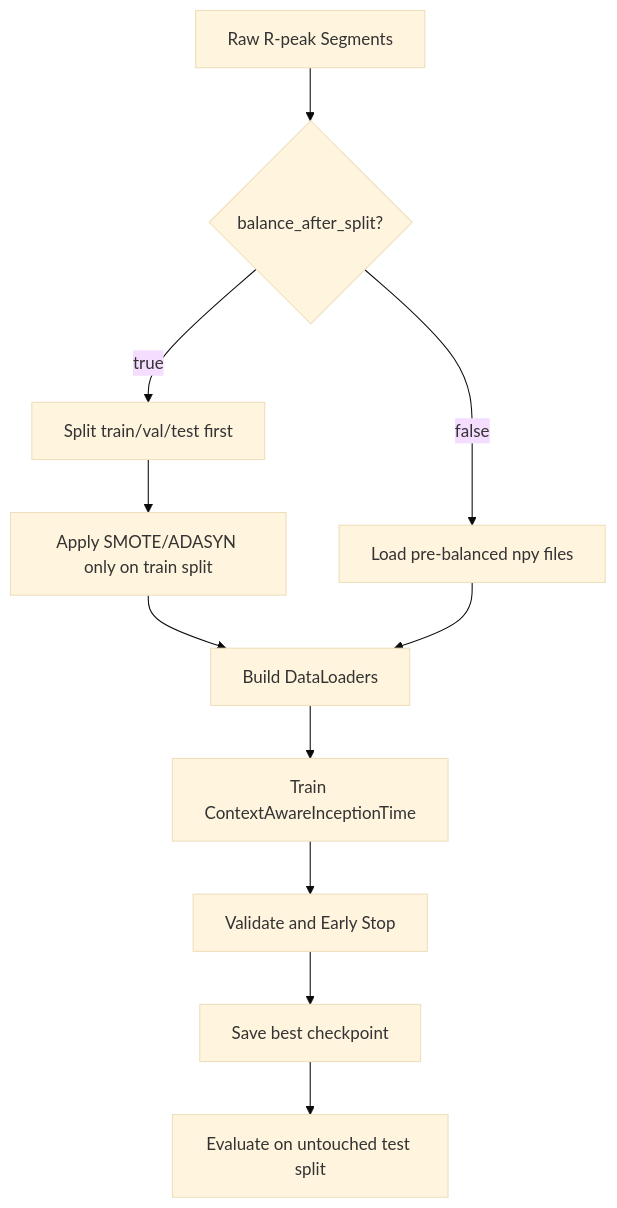
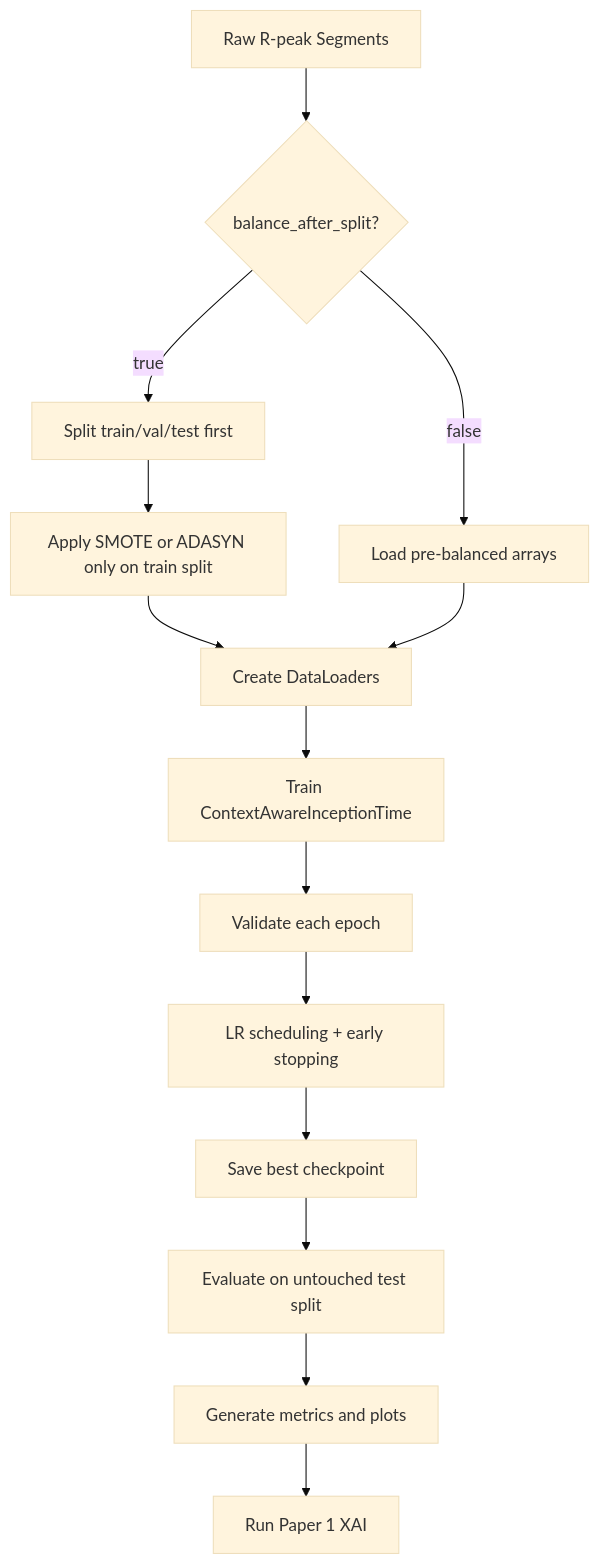
One commit to HardikNegi9/Guide changed the second of 2 diagrams in INCEPTIONTIME_ARCHITECTURE.md. Above: the diagram before and after it, drawn with Mermaid (base theme). The commit also changed other lines of this file and 5 other files, not shown here.

````diff
--- a/INCEPTIONTIME_ARCHITECTURE.md
+++ b/INCEPTIONTIME_ARCHITECTURE.md
@@ -71,13 +225,16 @@
 ```mermaid
 flowchart TD
     A[Raw R-peak Segments] --> B{balance_after_split?}
     B -->|true| C[Split train/val/test first]
-    B -->|false| D[Load pre-balanced npy files]
-    C --> E[Apply SMOTE/ADASYN only on train split]
-    E --> F[Build DataLoaders]
+    B -->|false| D[Load pre-balanced arrays]
+    C --> E[Apply SMOTE or ADASYN only on train split]
+    E --> F[Create DataLoaders]
     D --> F
     F --> G[Train ContextAwareInceptionTime]
-    G --> H[Validate and Early Stop]
-    H --> I[Save best checkpoint]
-    I --> J[Evaluate on untouched test split]
+    G --> H[Validate each epoch]
+    H --> I[LR scheduling + early stopping]
+    I --> J[Save best checkpoint]
+    J --> K[Evaluate on untouched test split]
+    K --> L[Generate metrics and plots]
+    L --> M[Run Paper 1 XAI]
 ```
````
